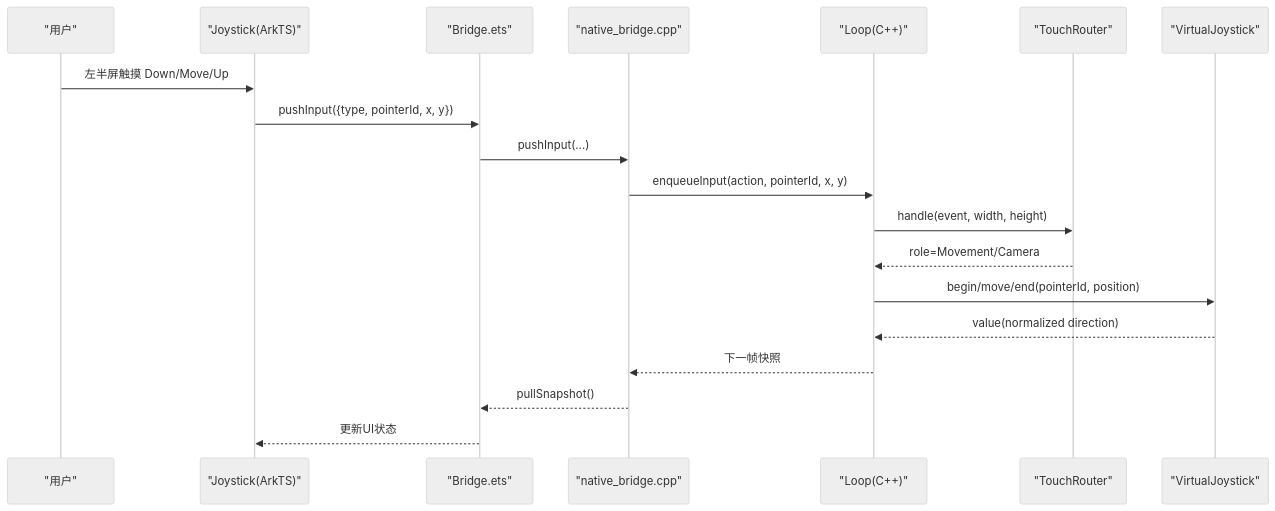
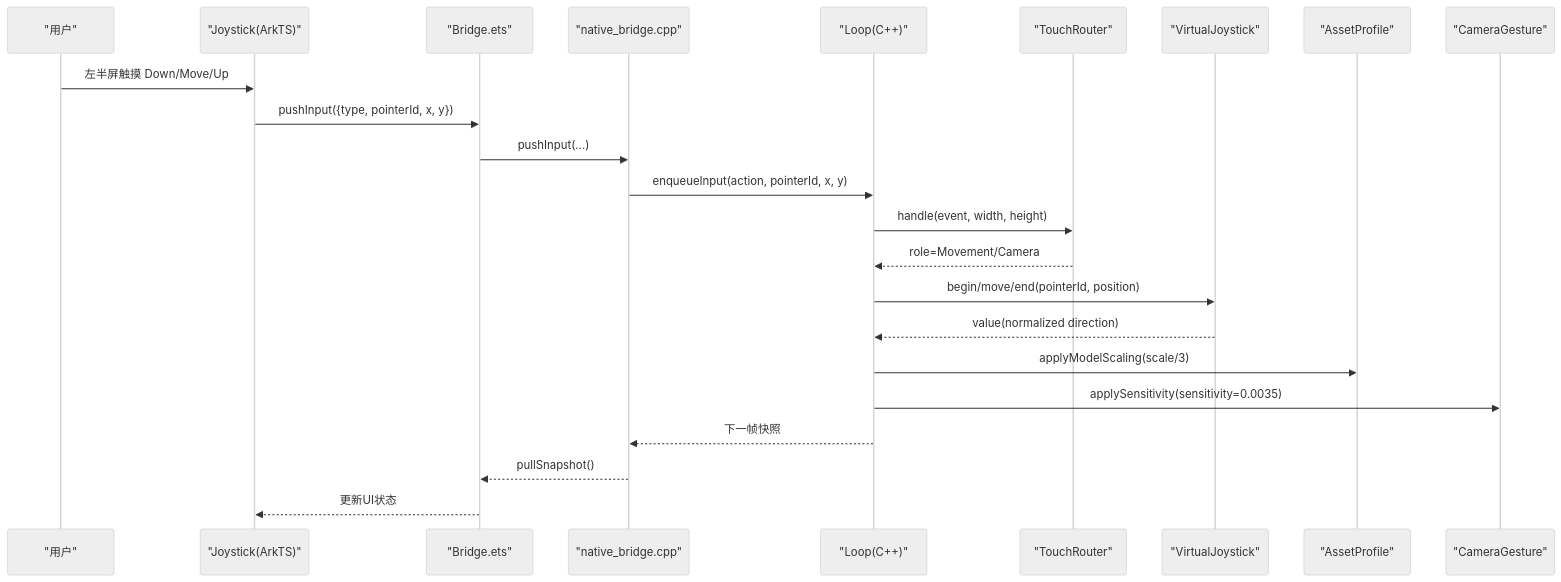
The second of 7 diagrams in .qoder/repowiki/zh/content/前端界面系统/虚拟摇杆系统.md (sj123sheng/my-world), drawn with Mermaid (neutral theme) before and after one commit. The commit also changed other lines of this file and 160 other files, not shown here.

````diff
--- a/.qoder/repowiki/zh/content/前端界面系统/虚拟摇杆系统.md
+++ b/.qoder/repowiki/zh/content/前端界面系统/虚拟摇杆系统.md
@@ -119,21 +136,25 @@
 ```mermaid
 sequenceDiagram
 participant U as "用户"
 participant J as "Joystick(ArkTS)"
 participant B as "Bridge.ets"
 participant N as "native_bridge.cpp"
 participant L as "Loop(C++)"
 participant T as "TouchRouter"
 participant V as "VirtualJoystick"
+participant A as "AssetProfile"
+participant C as "CameraGesture"
 U->>J : 左半屏触摸 Down/Move/Up
 J->>B : pushInput({type, pointerId, x, y})
 B->>N : pushInput(...)
 N->>L : enqueueInput(action, pointerId, x, y)
 L->>T : handle(event, width, height)
 T-->>L : role=Movement/Camera
 L->>V : begin/move/end(pointerId, position)
 V-->>L : value(normalized direction)
+L->>A : applyModelScaling(scale/3)
+L->>C : applySensitivity(sensitivity=0.0035)
 L-->>N : 下一帧快照
 N-->>B : pullSnapshot()
 B-->>J : 更新UI状态
 ```
````
